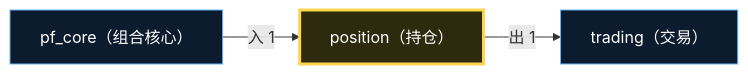
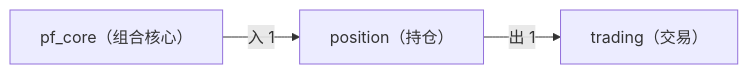
The second of 2 diagrams in docs/02_enterprise_architecture/06_decision_architecture/18_decision_l3_position.md (xuanFelixVan/ZephyrAlpha), drawn with Mermaid before and after one commit. The commit also changed other lines of this file and 23 other files, not shown here.

First line of the commit message:
style(decision-diagram): 移除所有 mermaid classDef，照搬 application_flows.md 纯默认主题

````diff
--- a/docs/02_enterprise_architecture/06_decision_architecture/18_decision_l3_position.md
+++ b/docs/02_enterprise_architecture/06_decision_architecture/18_decision_l3_position.md
@@ -165,11 +159,8 @@
 ```mermaid
 flowchart LR
-    SELF["position（持仓）"]:::selfDomain
-    EXT_trading["trading（交易）"]:::extDomain
+    SELF["position（持仓）"]
+    EXT_trading["trading（交易）"]
     SELF -->|出 1| EXT_trading
-    EXT_pf_core["pf_core（组合核心）"]:::extDomain
+    EXT_pf_core["pf_core（组合核心）"]
     EXT_pf_core -->|入 1| SELF
-
-    classDef selfDomain fill:#2e2a0d,stroke:#ffd54f,stroke-width:3px,color:#fff
-    classDef extDomain fill:#0d1b2e,stroke:#64b5f6,stroke-width:1px,color:#fff
 ```
````
